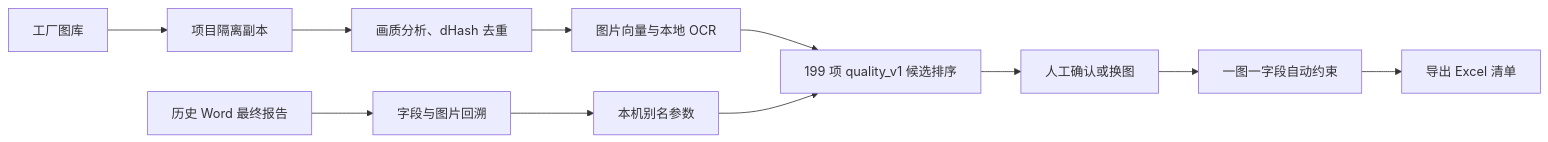
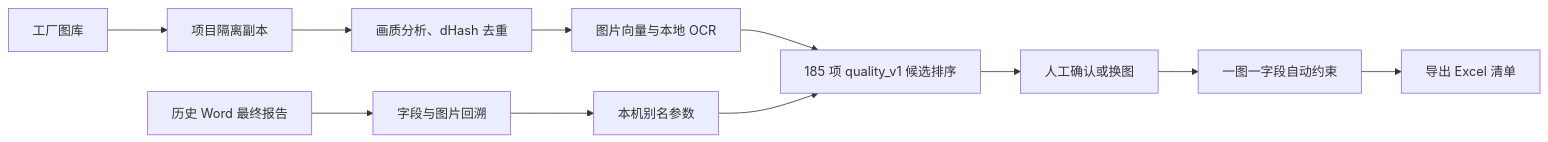
Before and after one commit to chenyanglonglive-cyber/AutoPick: the diagram in PROGRESS.md, drawn with Mermaid. The commit also changed other lines of this file and 18 other files, not shown here.

````diff
--- a/PROGRESS.md
+++ b/PROGRESS.md
@@ -10,13 +10,13 @@
 ```mermaid
 flowchart LR
     A[工厂图库] --> B[项目隔离副本]
     B --> C[画质分析、dHash 去重]
     C --> D[图片向量与本地 OCR]
-    D --> E[199 项 quality_v1 候选排序]
+    D --> E[185 项 quality_v1 候选排序]
     E --> F[人工确认或换图]
     F --> G[一图一字段自动约束]
     G --> H[导出 Excel 清单]
     I[历史 Word 最终报告] --> J[字段与图片回溯]
     J --> K[本机别名参数]
     K --> E
 ```
````
